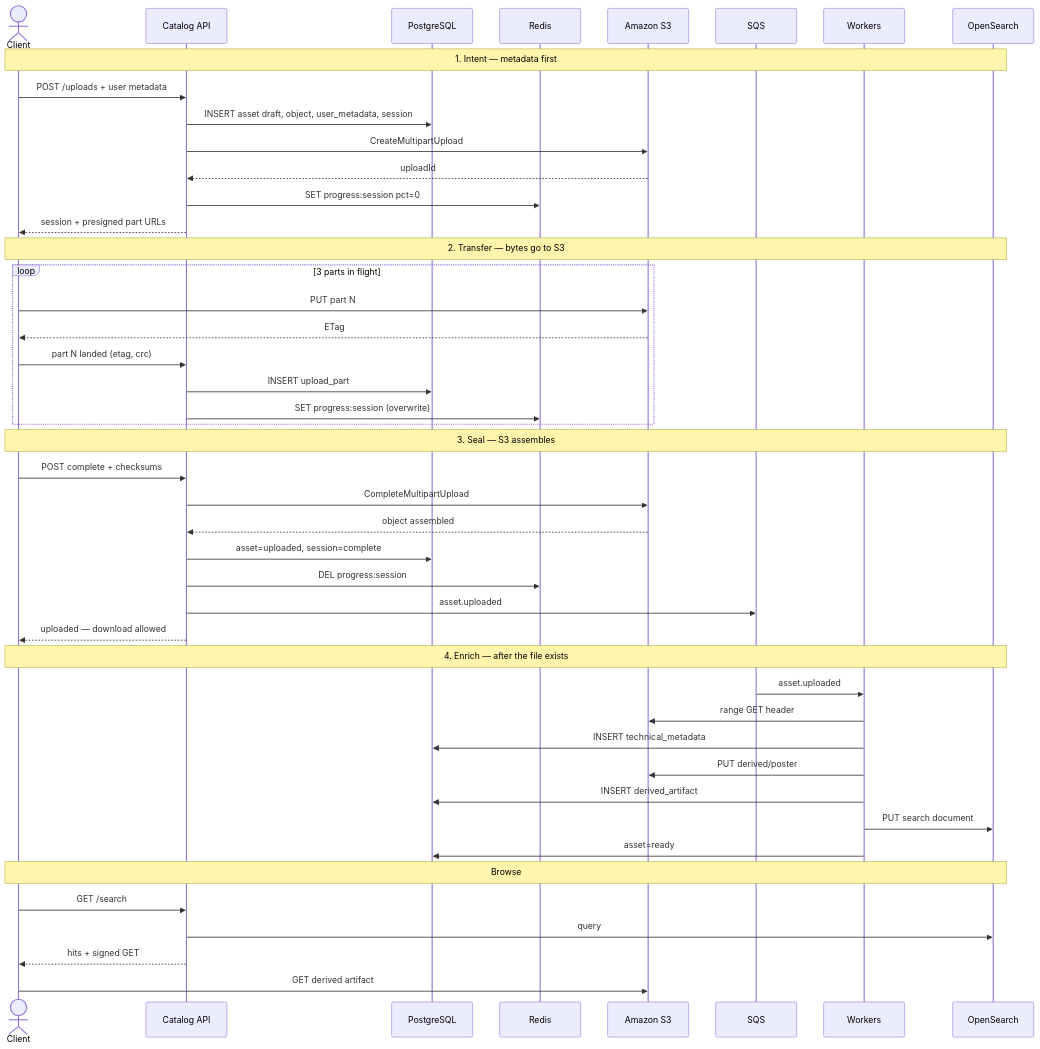
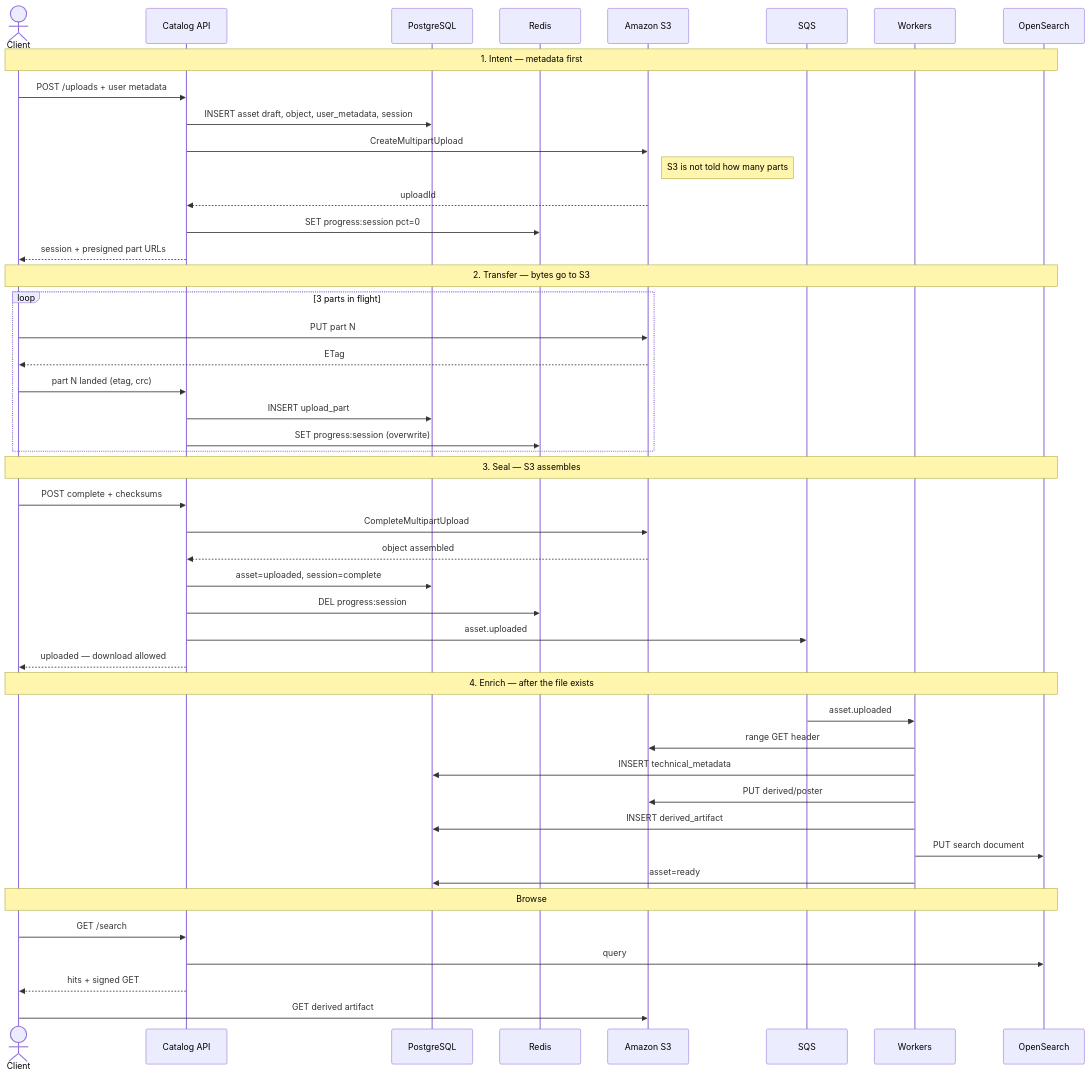
Before and after one commit to ShakedNeeman/exodia: the second of 4 diagrams in docs/uml.md, drawn with Mermaid. The commit also changed 8 other files, not shown here.

````diff
--- a/docs/uml.md
+++ b/docs/uml.md
@@ -65,52 +65,53 @@
 ```mermaid
 sequenceDiagram
   actor Client
   participant API as Catalog API
   participant PG as PostgreSQL
   participant Redis as Redis
   participant S3 as Amazon S3
   participant SQS as SQS
   participant W as Workers
   participant OS as OpenSearch
 
   Note over Client,OS: 1. Intent — metadata first
   Client->>API: POST /uploads + user metadata
   API->>PG: INSERT asset draft, object, user_metadata, session
   API->>S3: CreateMultipartUpload
+  Note right of S3: S3 is not told how many parts
   S3-->>API: uploadId
   API->>Redis: SET progress:session pct=0
   API-->>Client: session + presigned part URLs
 
   Note over Client,OS: 2. Transfer — bytes go to S3
   loop 3 parts in flight
     Client->>S3: PUT part N
     S3-->>Client: ETag
     Client->>API: part N landed (etag, crc)
     API->>PG: INSERT upload_part
     API->>Redis: SET progress:session (overwrite)
   end
 
   Note over Client,OS: 3. Seal — S3 assembles
   Client->>API: POST complete + checksums
   API->>S3: CompleteMultipartUpload
   S3-->>API: object assembled
   API->>PG: asset=uploaded, session=complete
   API->>Redis: DEL progress:session
   API->>SQS: asset.uploaded
   API-->>Client: uploaded — download allowed
 
   Note over Client,OS: 4. Enrich — after the file exists
   SQS->>W: asset.uploaded
   W->>S3: range GET header
   W->>PG: INSERT technical_metadata
   W->>S3: PUT derived/poster
   W->>PG: INSERT derived_artifact
   W->>OS: PUT search document
   W->>PG: asset=ready
 
   Note over Client,OS: Browse
   Client->>API: GET /search
   API->>OS: query
   API-->>Client: hits + signed GET
   Client->>S3: GET derived artifact
 ```
````
